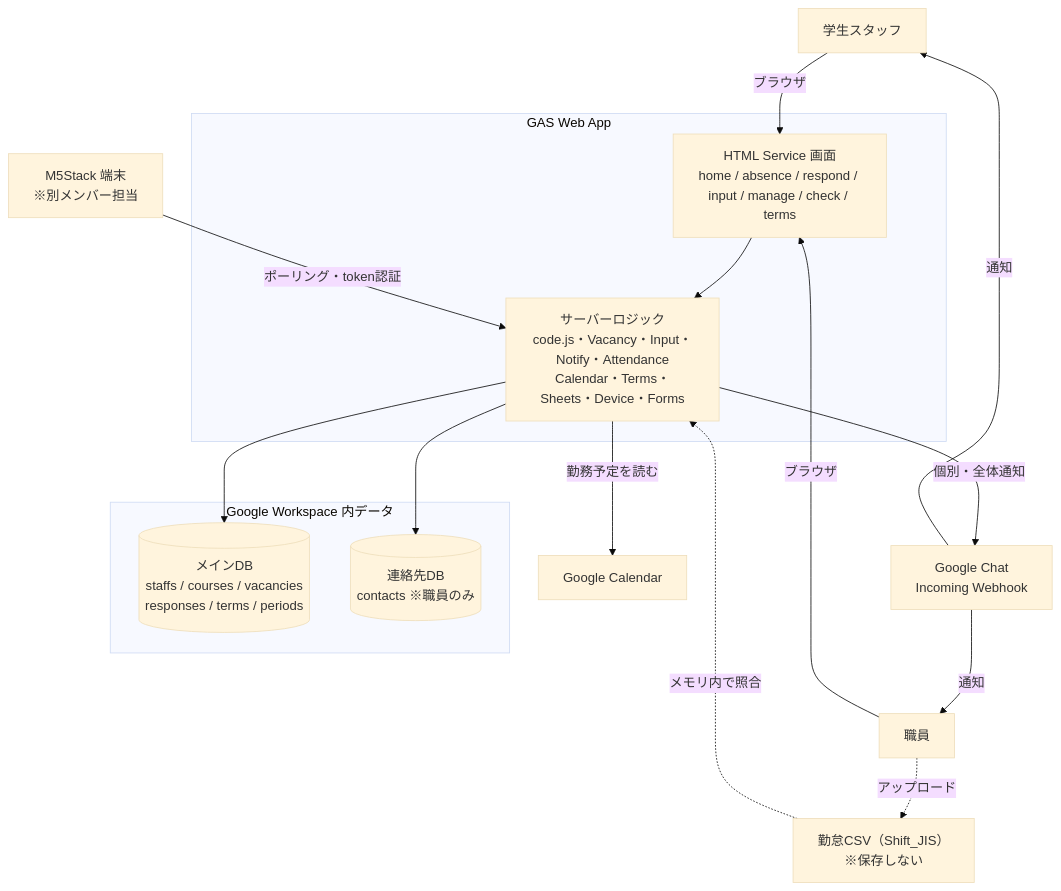
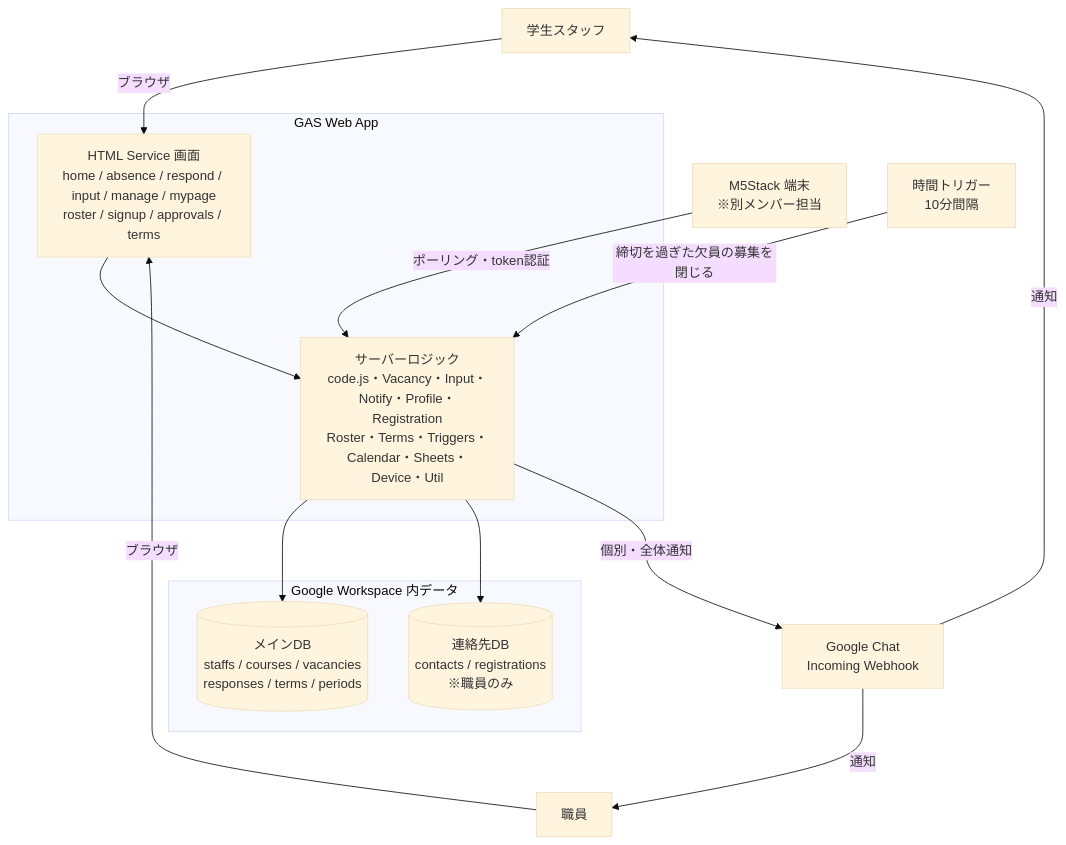
Before and after one commit to Nakano-official/takeover: the second of 3 diagrams in README.md, drawn with Mermaid (base theme). The commit also changed other lines of this file, not shown here.

````diff
--- a/README.md
+++ b/README.md
@@ -123,34 +137,31 @@
 ```mermaid
 flowchart TB
   S["学生スタッフ"]
   T["職員"]
   D["M5Stack 端末<br/>※別メンバー担当"]
 
   subgraph App["GAS Web App"]
-    UI["HTML Service 画面<br/>home / absence / respond / input / manage / check / terms"]
-    Logic["サーバーロジック<br/>code.js・Vacancy・Input・Notify・Attendance<br/>Calendar・Terms・Sheets・Device・Forms"]
+    UI["HTML Service 画面<br/>home / absence / respond / input / manage / mypage<br/>roster / signup / approvals / terms"]
+    Logic["サーバーロジック<br/>code.js・Vacancy・Input・Notify・Profile・Registration<br/>Roster・Terms・Triggers・Calendar・Sheets・Device・Util"]
     UI --> Logic
   end
 
   subgraph DataLayer["Google Workspace 内データ"]
     M[("メインDB<br/>staffs / courses / vacancies<br/>responses / terms / periods")]
-    C[("連絡先DB<br/>contacts ※職員のみ")]
+    C[("連絡先DB<br/>contacts / registrations<br/>※職員のみ")]
   end
 
   Chat["Google Chat<br/>Incoming Webhook"]
-  Cal["Google Calendar"]
-  CSV["勤怠CSV（Shift_JIS）<br/>※保存しない"]
+  Trg["時間トリガー<br/>10分間隔"]
 
   S -->|ブラウザ| UI
   T -->|ブラウザ| UI
-  T -.->|アップロード| CSV
   D -->|ポーリング・token認証| Logic
 
   Logic --> M
   Logic --> C
   Logic -->|個別・全体通知| Chat
-  Logic -->|勤務予定を読む| Cal
-  CSV -.->|メモリ内で照合| Logic
+  Trg -->|締切を過ぎた欠員の募集を閉じる| Logic
   Chat -->|通知| S
   Chat -->|通知| T
 ```
````
